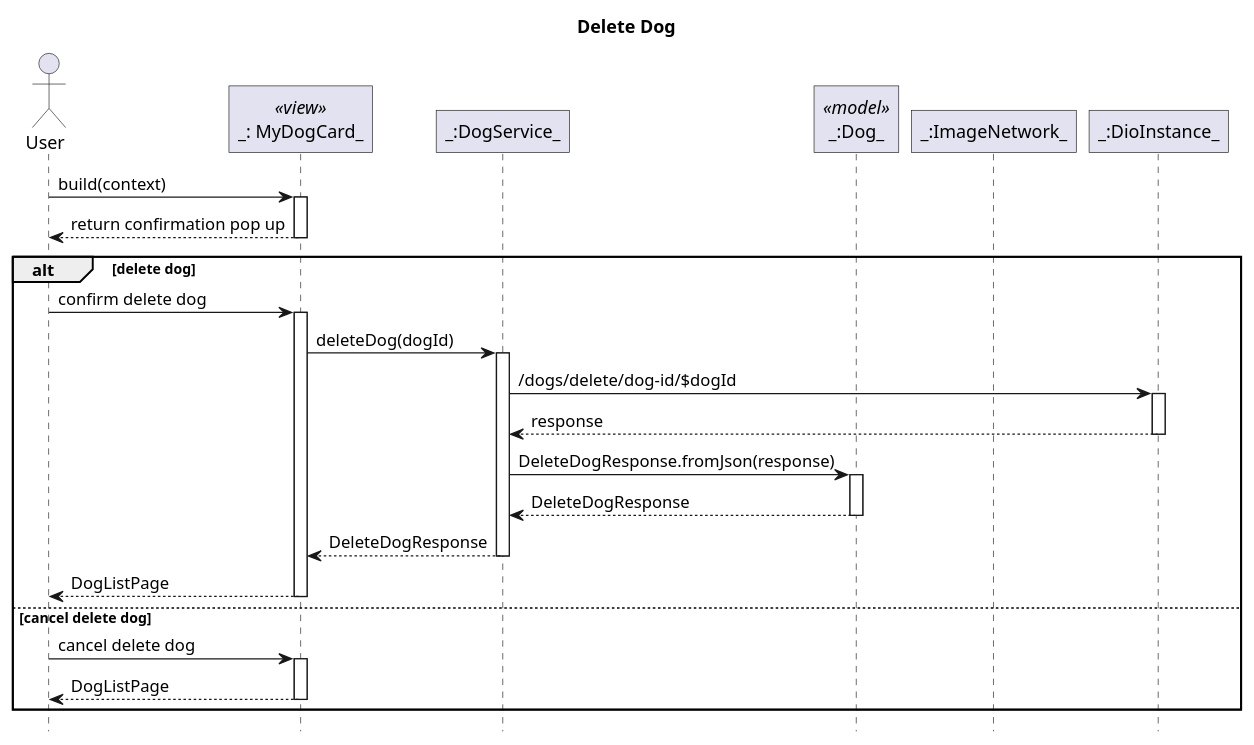
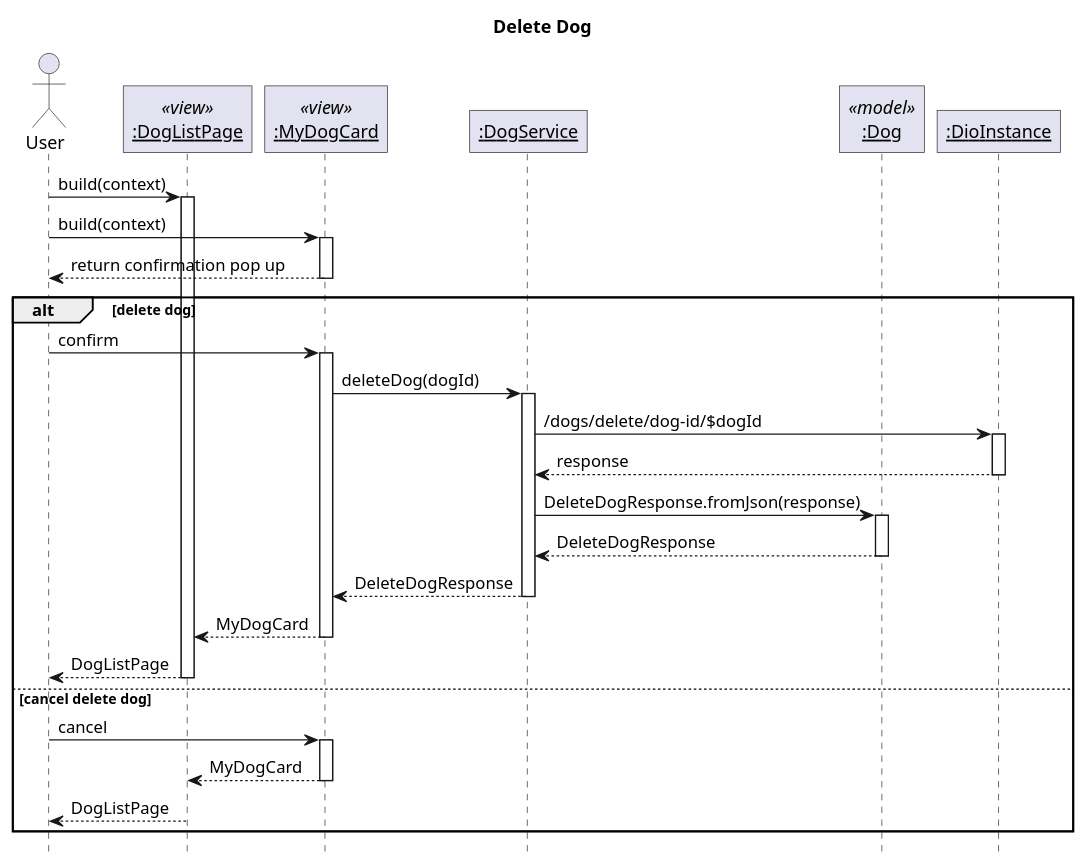
The diagram in lib/plantuml/sequence/dog/delete dog.puml (sharoncedila/FO_woofers), drawn with PlantUML before and after one commit. The commit also changed 30 other files, not shown here.

Commit message:
added all sequence diagram

```diff
--- a/lib/plantuml/sequence/dog/delete dog.puml
+++ b/lib/plantuml/sequence/dog/delete dog.puml
@@ -1,36 +1,39 @@
 @startuml DeleteDod
 ' Global param
 title Delete Dog
 autoactivate on
 
 ' Global style configuration
 skinparam RoundCorner 0
 hide footbox
 
 ' Sequence participant configuration
 actor User
-participant "_: MyDogCard_" as Card <<view>>
-participant "_:DogService_" as Service
-participant "_:Dog_" as Model <<model>>
-participant "_:ImageNetwork_" as Image
-participant "_:DioInstance_" as Dio
+participant "__:DogListPage__" as Page <<view>>
+participant "__:MyDogCard__" as Card <<view>>
+participant "__:DogService__" as Service
+participant "__:Dog__" as Model <<model>>
+participant "__:DioInstance__" as Dio
 
 
 ' Sequence diagram
+User -> Page : build(context)
 User -> Card: build(context)
 User <-- Card: return confirmation pop up
 alt delete dog
-User -> Card: confirm delete dog
+User -> Card: confirm
 Card -> Service: deleteDog(dogId)
 Service -> Dio: /dogs/delete/dog-id/$dogId
 Service <-- Dio: response
 Service -> Model: DeleteDogResponse.fromJson(response)
 Service <-- Model: DeleteDogResponse
 Card <-- Service: DeleteDogResponse
-User <-- Card: DogListPage
+Page <-- Card: MyDogCard
+User <-- Page : DogListPage
 else cancel delete dog
-User -> Card: cancel delete dog
-User <-- Card: DogListPage
+User -> Card: cancel
+Page <-- Card: MyDogCard
+User <-- Page : DogListPage
 end
 
 @enduml
```
